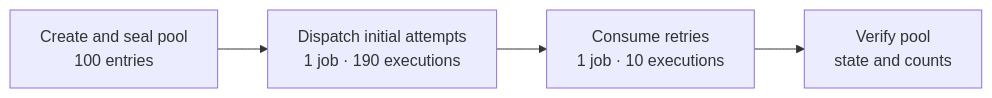
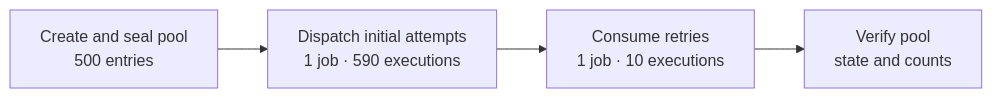
The first of 2 diagrams in README.md (catkins/test-scheduler-bazel-demo), drawn with Mermaid before and after one commit. The commit also changed other lines of this file and 6 other files, not shown here.

````diff
--- a/README.md
+++ b/README.md
@@ -126,11 +127,11 @@
 ```mermaid
 flowchart LR
-    setup["Create and seal pool<br/>100 entries"]
-    initial["Dispatch initial attempts<br/>1 job · 190 executions"]
+    setup["Create and seal pool<br/>500 entries"]
+    initial["Dispatch initial attempts<br/>1 job · 590 executions"]
     retry["Consume retries<br/>1 job · 10 executions"]
     verify["Verify pool<br/>state and counts"]
 
     setup --> initial
     initial --> retry
     retry --> verify
 ```
````
